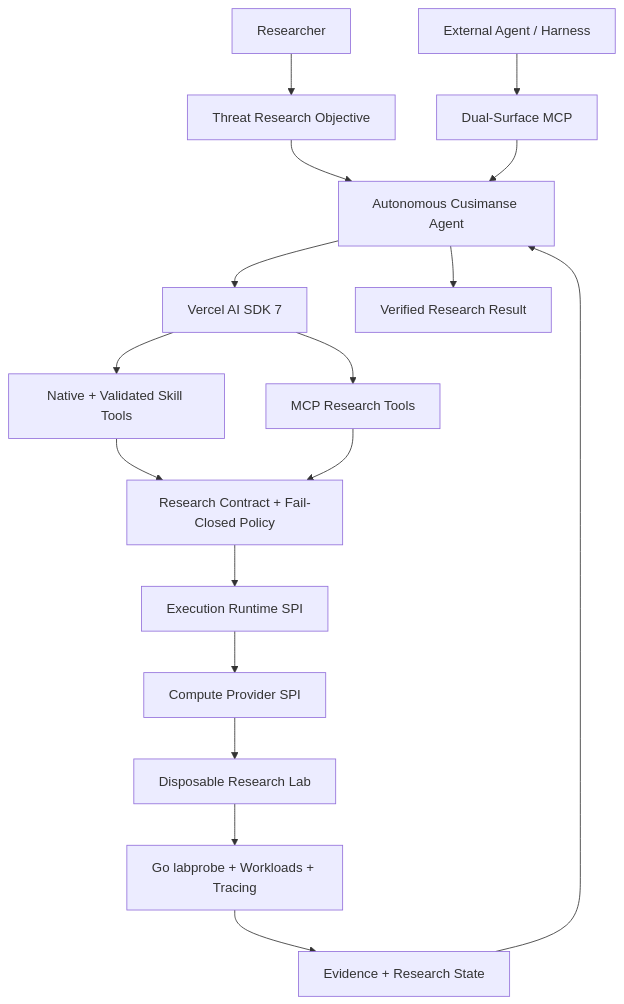
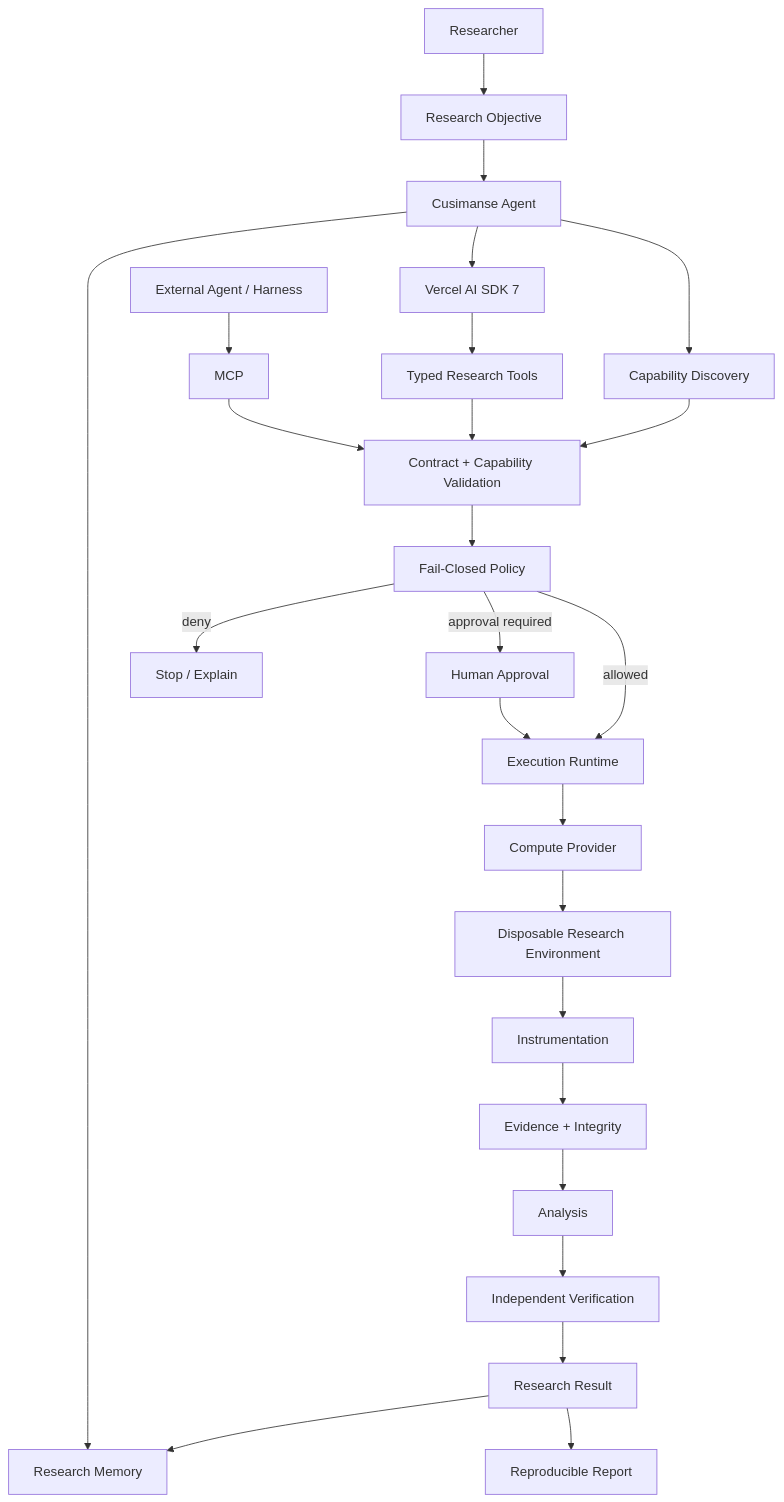
The diagram in README.md (Opposum0112/Cusimanse), drawn with Mermaid before and after one commit. The commit also changed other lines of this file, not shown here.

Commit message:
docs: refine cusimanse-agent README for end users

````diff
--- a/README.md
+++ b/README.md
@@ -316,19 +783,33 @@
 ```mermaid
 flowchart TD
-  USER[Researcher] --> OBJECTIVE[Threat Research Objective]
-  OBJECTIVE --> AGENT[Autonomous Cusimanse Agent]
-  AGENT --> AI[Vercel AI SDK 7]
-  AI --> TOOLS[Native + Validated Skill Tools]
-  AI --> MCPIN[MCP Research Tools]
-  TOOLS --> POLICY[Research Contract + Fail-Closed Policy]
-  MCPIN --> POLICY
-  POLICY --> RUNTIME[Execution Runtime SPI]
-  RUNTIME --> COMPUTE[Compute Provider SPI]
-  COMPUTE --> LAB[Disposable Research Lab]
-  LAB --> PROBE[Go labprobe + Workloads + Tracing]
-  PROBE --> EVIDENCE[Evidence + Research State]
-  EVIDENCE --> AGENT
-  AGENT --> REPORT[Verified Research Result]
-  EXT[External Agent / Harness] --> MCPOUT[Dual-Surface MCP]
-  MCPOUT --> AGENT
+    USER[Researcher] --> OBJ[Research Objective]
+    OBJ --> AGENT[Cusimanse Agent]
+
+    AGENT --> MEM[Research Memory]
+    AGENT --> AI[Vercel AI SDK 7]
+    AI --> TOOLS[Typed Research Tools]
+    AGENT --> DISC[Capability Discovery]
+
+    TOOLS --> VALIDATE[Contract + Capability Validation]
+    DISC --> VALIDATE
+    VALIDATE --> POLICY[Fail-Closed Policy]
+
+    POLICY -->|deny| STOP[Stop / Explain]
+    POLICY -->|approval required| HITL[Human Approval]
+    POLICY -->|allowed| RUNTIME[Execution Runtime]
+    HITL --> RUNTIME
+
+    RUNTIME --> COMPUTE[Compute Provider]
+    COMPUTE --> LAB[Disposable Research Environment]
+    LAB --> PROBES[Instrumentation]
+    PROBES --> EVIDENCE[Evidence + Integrity]
+
+    EVIDENCE --> ANALYSIS[Analysis]
+    ANALYSIS --> VERIFY[Independent Verification]
+    VERIFY --> RESULT[Research Result]
+    RESULT --> MEM
+    RESULT --> REPORT[Reproducible Report]
+
+    EXT[External Agent / Harness] --> MCP[MCP]
+    MCP --> VALIDATE
 ```
````
